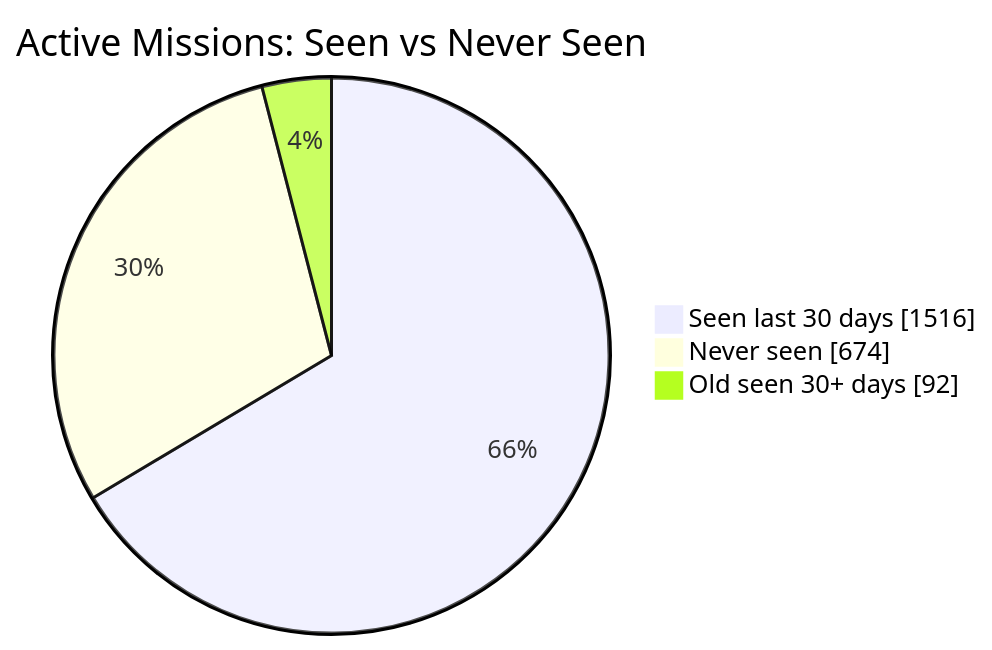
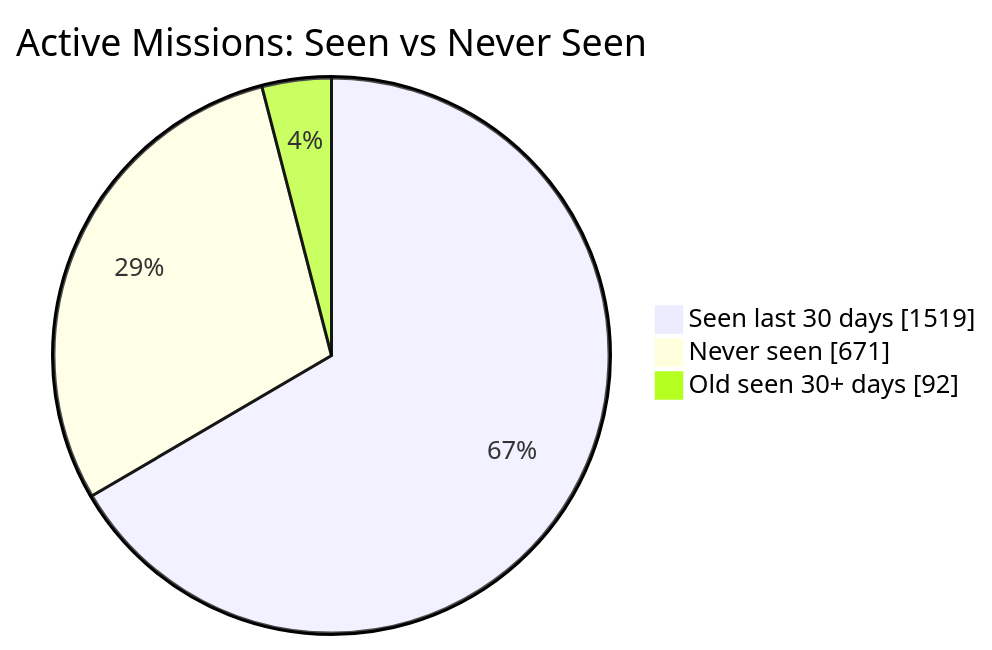
Before and after one commit to MeldkamerspelGameTeam/active-missions: the first of 2 diagrams in README.md, drawn with Mermaid. The commit also changed other lines of this file and 2 other files, not shown here.

````diff
--- a/README.md
+++ b/README.md
@@ -34,7 +34,7 @@
 ```mermaid
 pie showData
     title Active Missions: Seen vs Never Seen
-    "Seen last 30 days" : 1516
-    "Never seen" : 674
+    "Seen last 30 days" : 1519
+    "Never seen" : 671
     "Old seen 30+ days" : 92
 ```
````
